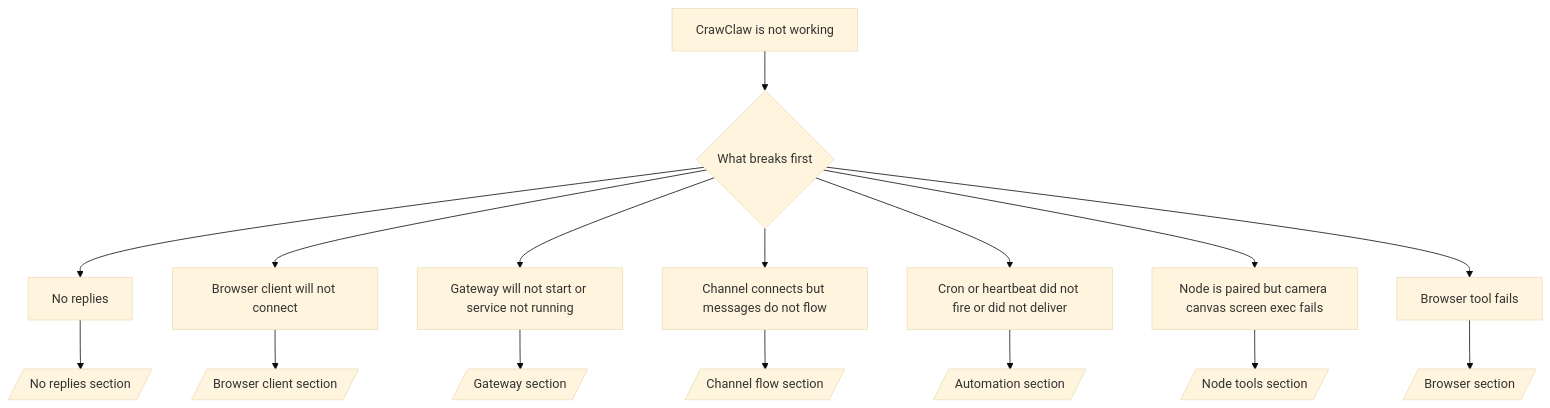
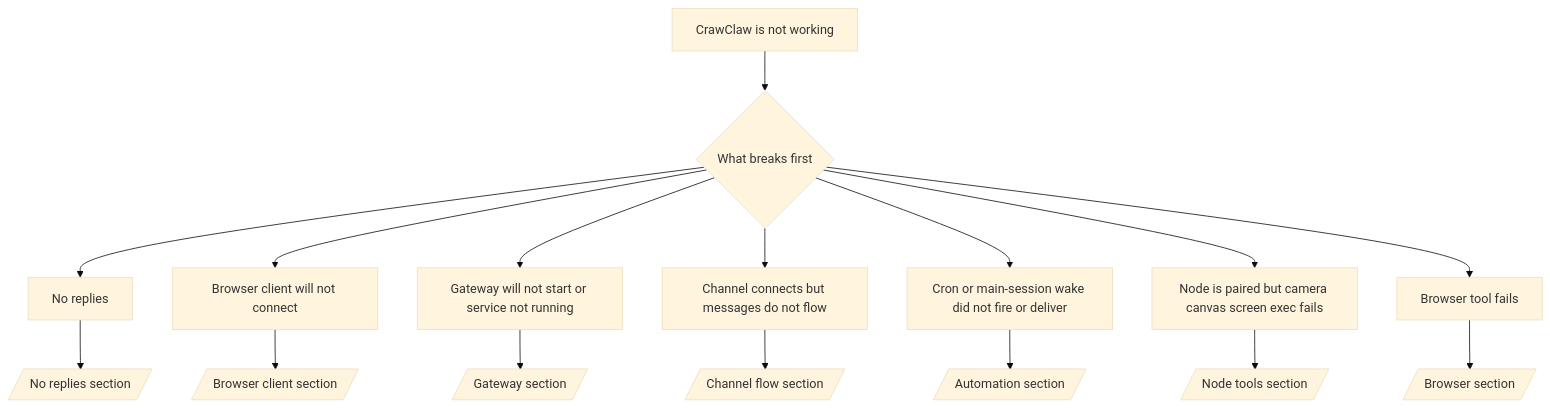
One commit to qianleigood/crawclaw changed the diagram in docs/help/troubleshooting.md. Above: the diagram before and after it, drawn with Mermaid (base theme). The commit also changed other lines of this file and 62 other files, not shown here.

````diff
--- a/docs/help/troubleshooting.md
+++ b/docs/help/troubleshooting.md
@@ -70,19 +70,19 @@
 ```mermaid
 flowchart TD
   A[CrawClaw is not working] --> B{What breaks first}
   B --> C[No replies]
   B --> D[Browser client will not connect]
   B --> E[Gateway will not start or service not running]
   B --> F[Channel connects but messages do not flow]
-  B --> G[Cron or heartbeat did not fire or did not deliver]
+  B --> G[Cron or main-session wake did not fire or deliver]
   B --> H[Node is paired but camera canvas screen exec fails]
   B --> I[Browser tool fails]
 
   C --> C1[/No replies section/]
   D --> D1[/Browser client section/]
   E --> E1[/Gateway section/]
   F --> F1[/Channel flow section/]
   G --> G1[/Automation section/]
   H --> H1[/Node tools section/]
   I --> I1[/Browser section/]
 ```
````
